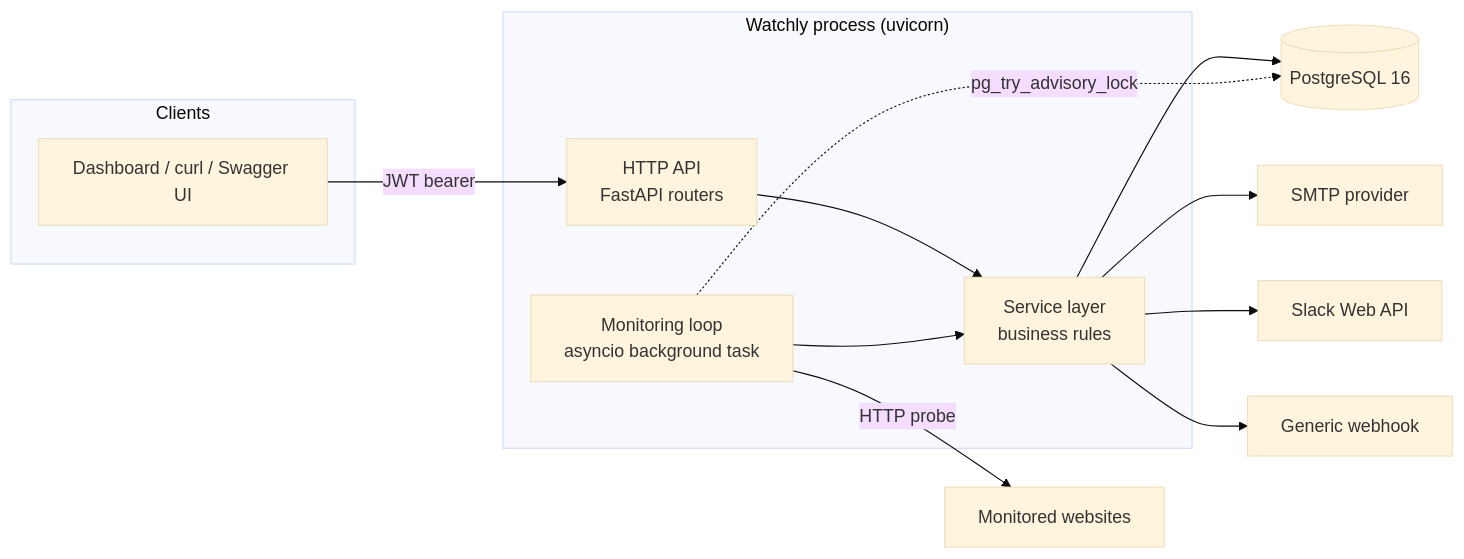
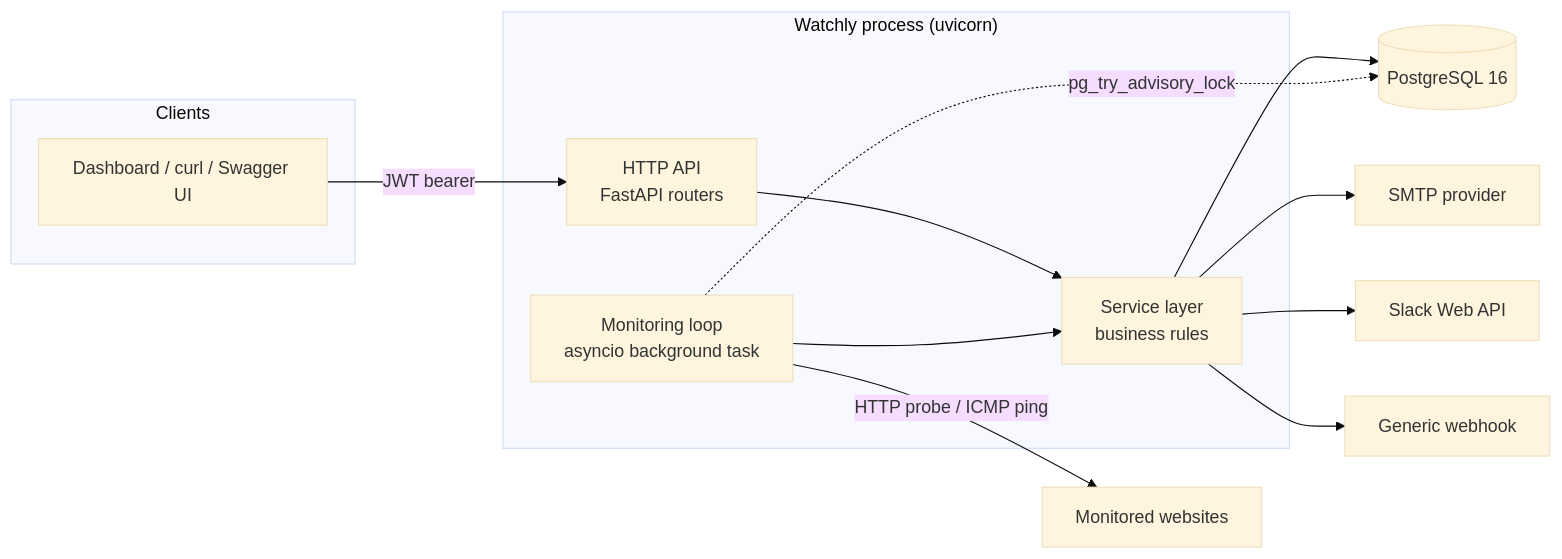
The first of 6 diagrams in doc/hld.md (TahjibNil75/watchly), drawn with Mermaid (base theme) before and after one commit. The commit also changed other lines of this file and 32 other files, not shown here.

````diff
--- a/doc/hld.md
+++ b/doc/hld.md
@@ -46,28 +46,28 @@
 ```mermaid
 flowchart LR
     subgraph client["Clients"]
         UI["Dashboard / curl / Swagger UI"]
     end
 
     subgraph proc["Watchly process (uvicorn)"]
         API["HTTP API<br/>FastAPI routers"]
         LOOP["Monitoring loop<br/>asyncio background task"]
         SVC["Service layer<br/>business rules"]
     end
 
     DB[("PostgreSQL 16")]
     TARGETS["Monitored websites"]
     SMTP["SMTP provider"]
     SLACK["Slack Web API"]
     HOOK["Generic webhook"]
 
     UI -->|"JWT bearer"| API
     API --> SVC
     LOOP --> SVC
     SVC --> DB
-    LOOP -->|"HTTP probe"| TARGETS
+    LOOP -->|"HTTP probe / ICMP ping"| TARGETS
     SVC --> SMTP
     SVC --> SLACK
     SVC --> HOOK
     LOOP -.->|"pg_try_advisory_lock"| DB
 ```
````
